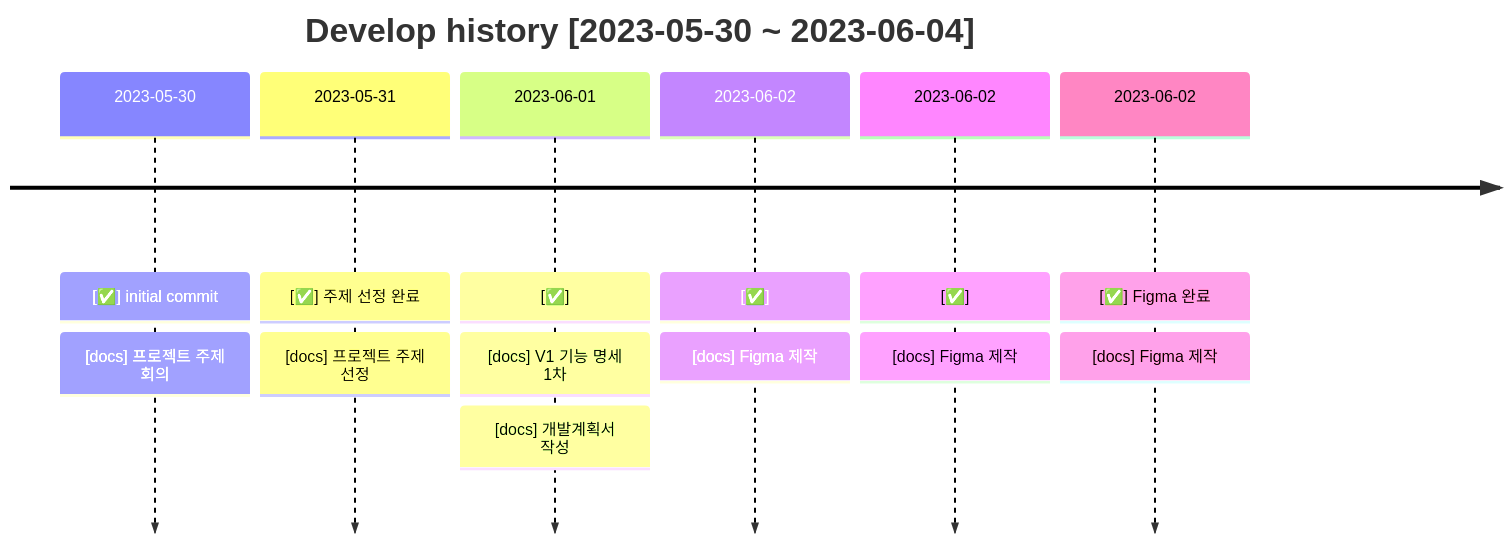
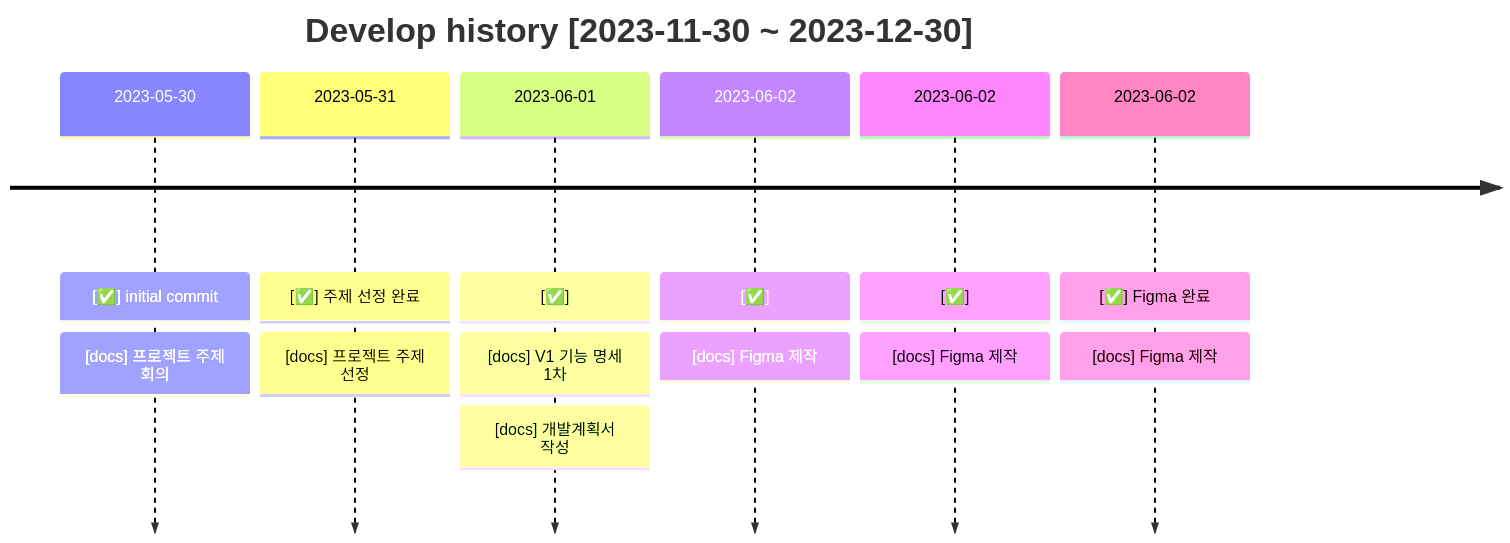
The first of 6 diagrams in README.md (zoosickcompany/WOWIN), drawn with Mermaid before and after one commit. The commit also changed other lines of this file and 1 other file, not shown here.

````diff
--- a/README.md
+++ b/README.md
@@ -174,17 +174,17 @@
 ```mermaid
 timeline
-    title Develop history [2023-05-30 ~ 2023-06-04]
+    title Develop history [2023-11-30 ~ 2023-12-30]
     2023-05-30: [✅] initial commit
             : [docs] 프로젝트 주제 회의
     2023-05-31: [✅] 주제 선정 완료
             : [docs] 프로젝트 주제 선정
     2023-06-01: [✅]
             : [docs] V1 기능 명세 1차
             : [docs] 개발계획서 작성
     2023-06-02: [✅]
             : [docs] Figma 제작
     2023-06-02: [✅]
             : [docs] Figma 제작
     2023-06-02: [✅] Figma 완료
             : [docs] Figma 제작 
 ```
````
